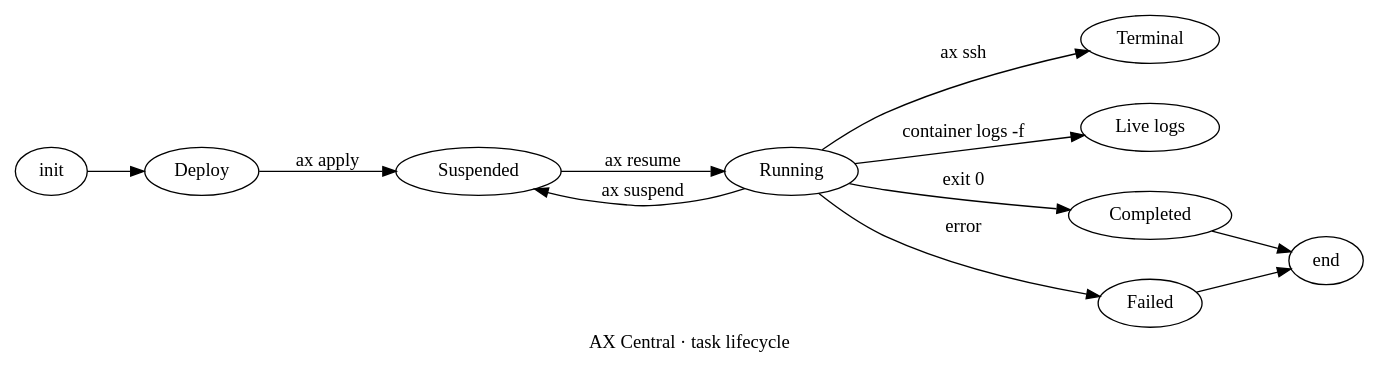
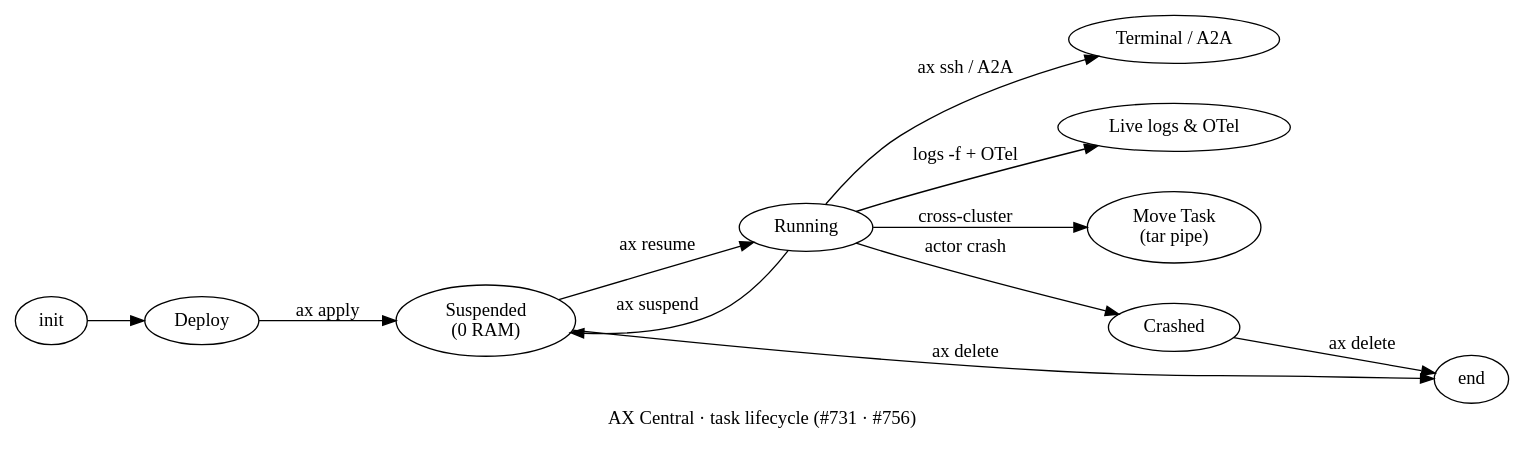
Before and after one commit to ghchinoy/ax-central: the diagram in docs/diagrams/02-task-lifecycle.dot, drawn with Graphviz. The commit also changed 11 other files, not shown here.

First line of the commit message:
docs(sweep): align AX Central docs & Lustrous diagrams with substrate-local, agentexecutor/studio, and #731/#756 (ax-central-e90)

```diff
--- a/docs/diagrams/02-task-lifecycle.dot
+++ b/docs/diagrams/02-task-lifecycle.dot
@@ -1,28 +1,29 @@
-// Task and workspace lifecycle across Deploy, Activity, Logs, and Terminal.
+// Task and workspace lifecycle across Deploy, Activity, Logs, Terminal, and Move Task
+// aligned with google/ax#731 + #756 (pure control-plane TaskState).
 digraph task_lifecycle {
-  label = "AX Central · task lifecycle";
+  label = "AX Central · task lifecycle (#731 · #756)";
   rankdir = LR;
   ranksep = 0.58;
   nodesep = 0.42;
 
   init      [class="dot"];
   designer  [label="Deploy", class="primary"];
-  suspended [label="Suspended", class="emphasis"];
+  suspended [label="Suspended\n(0 RAM)", class="emphasis"];
   running   [label="Running", class="positive"];
-  ssh       [label="Terminal", class="terminal"];
-  logs      [label="Live logs", class="muted"];
-  completed [label="Completed", class="positive"];
-  failed    [label="Failed", class="error"];
+  ssh       [label="Terminal / A2A", class="terminal"];
+  logs      [label="Live logs & OTel", class="muted"];
+  move      [label="Move Task\n(tar pipe)", class="cat-teal"];
+  crashed   [label="Crashed", class="error"];
   end       [class="final"];
 
   init -> designer;
   designer -> suspended  [label="ax apply", class="primary code"];
   suspended -> running   [label="ax resume", class="positive code"];
   running -> suspended   [label="ax suspend", class="weak code", constraint=false];
-  running -> ssh         [label="ax ssh", class="async code"];
-  running -> logs        [label="container logs -f", class="muted code"];
-  running -> completed   [label="exit 0", class="positive"];
-  running -> failed      [label="error", class="error"];
-  completed -> end;
-  failed -> end;
+  running -> ssh         [label="ax ssh / A2A", class="async code"];
+  running -> logs        [label="logs -f + OTel", class="muted code"];
+  running -> move        [label="cross-cluster", class="async"];
+  running -> crashed     [label="actor crash", class="error async"];
+  suspended -> end       [label="ax delete", class="muted code"];
+  crashed -> end         [label="ax delete", class="muted code"];
 }
```
